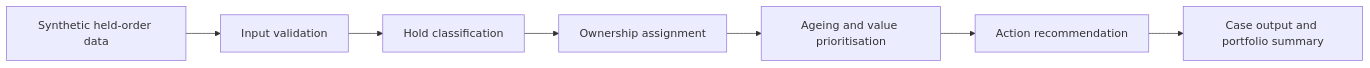
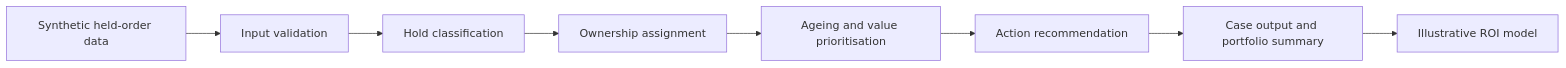
One commit to Abhidubey310/billing-and-revenue-hold-management-platform changed the diagram in README.md. Above: the diagram before and after it, drawn with Mermaid. The commit also changed other lines of this file, not shown here.

Commit message:
Add illustrative ROI and time-saved model

````diff
--- a/README.md
+++ b/README.md
@@ -42,9 +44,10 @@
 ```mermaid
 flowchart LR
     A[Synthetic held-order data] --> B[Input validation]
     B --> C[Hold classification]
     C --> D[Ownership assignment]
     D --> E[Ageing and value prioritisation]
     E --> F[Action recommendation]
     F --> G[Case output and portfolio summary]
+    G --> H[Illustrative ROI model]
 ```
````
